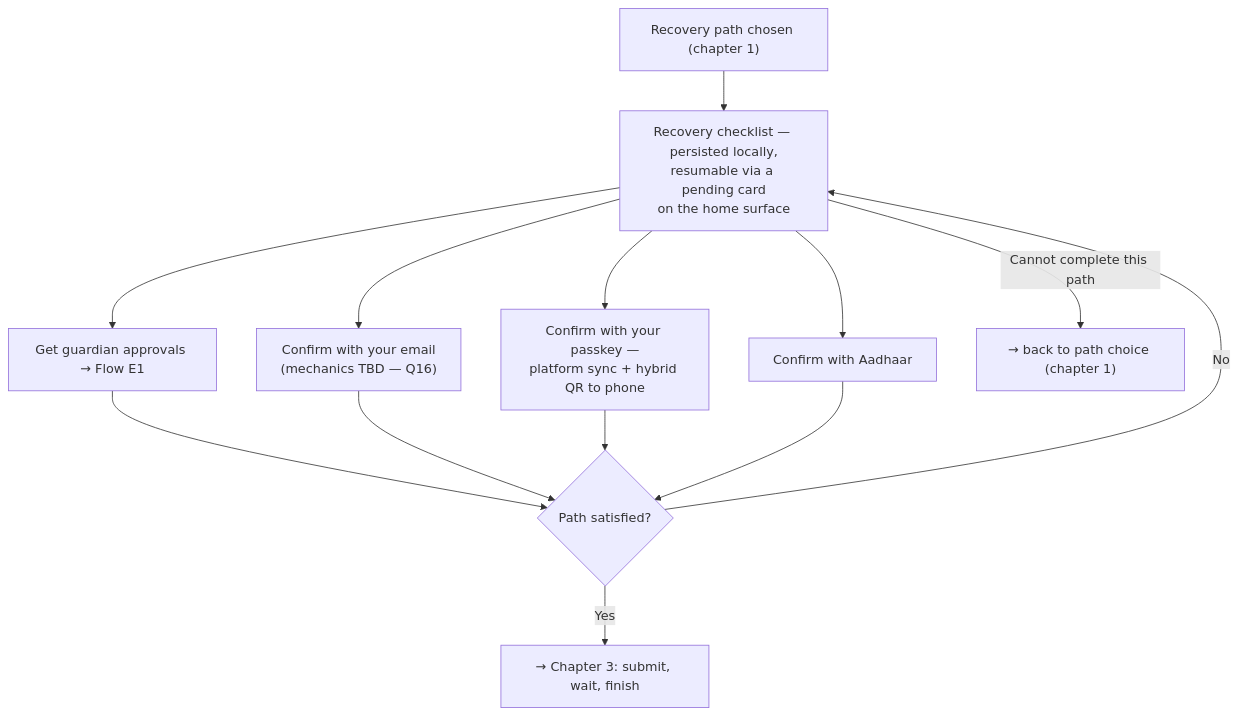
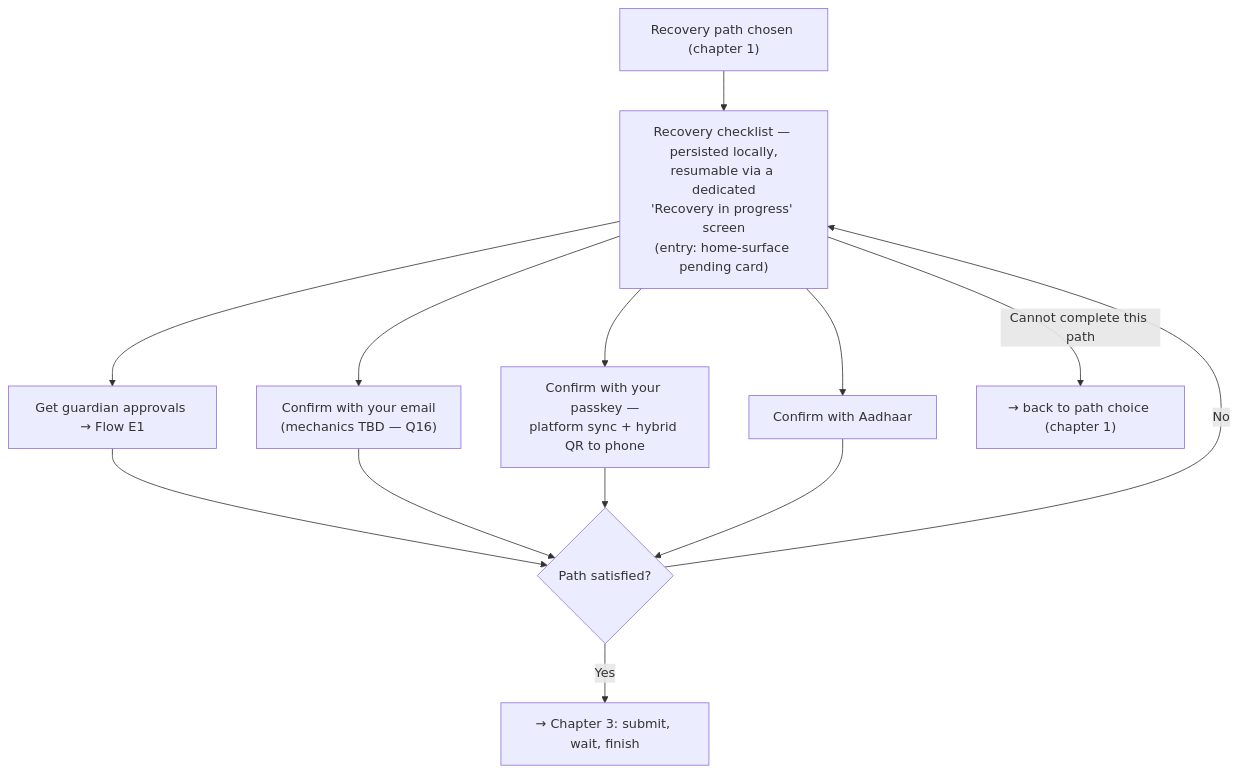
Before and after one commit to FiboAtWonder/kohaku-extension: the sixth of 14 diagrams in social-recovery-ux-flows.md, drawn with Mermaid. The commit also changed other lines of this file, not shown here.

````diff
--- a/social-recovery-ux-flows.md
+++ b/social-recovery-ux-flows.md
@@ -282,17 +283,17 @@
 ```mermaid
 flowchart TD
-    F["Recovery path chosen (chapter 1)"] --> G["Recovery checklist — persisted locally,<br/>resumable via a pending card<br/>on the home surface"]
+    F["Recovery path chosen (chapter 1)"] --> G["Recovery checklist — persisted locally,<br/>resumable via a dedicated<br/>'Recovery in progress' screen<br/>(entry: home-surface pending card)"]
     G --> G1[Get guardian approvals → Flow E1]
     G --> G2["Confirm with your email<br/>(mechanics TBD — Q16)"]
     G --> G3["Confirm with your passkey —<br/>platform sync + hybrid QR to phone"]
     G --> G4[Confirm with Aadhaar]
     G -->|Cannot complete this path| SW["→ back to path choice (chapter 1)"]
     G1 --> H{"Path satisfied?"}
     G2 --> H
     G3 --> H
     G4 --> H
     H -- No --> G
     H -- Yes --> NEXT["→ Chapter 3: submit, wait, finish"]
 
     click G1 href "#flow-e1--sync-off-chain-signature-passing--default"
 ```
````
